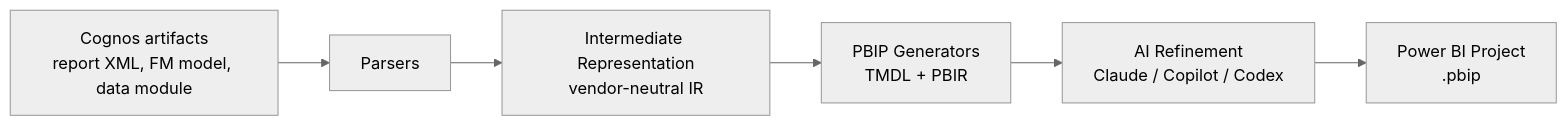
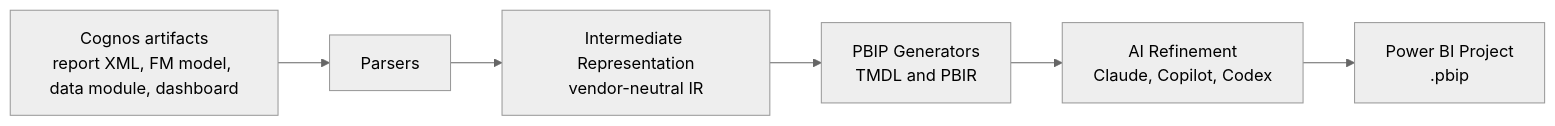
One commit to navintkr/cognos-to-powerbi changed the diagram in README.md. Above: the diagram before and after it, drawn with Mermaid (neutral theme).

Commit message:
Fix README Mermaid diagram rendering on GitHub
Quote flowchart node labels so the / and + and <br/> characters parse correctly.

````diff
--- a/README.md
+++ b/README.md
@@ -174,8 +174,8 @@
 ```mermaid
 flowchart LR
-    A[Cognos artifacts<br/>report XML, FM model, data module] --> B[Parsers]
-    B --> C[Intermediate Representation<br/>vendor-neutral IR]
-    C --> D[PBIP Generators<br/>TMDL + PBIR]
-    D --> E[AI Refinement<br/>Claude / Copilot / Codex]
-    E --> F[Power BI Project<br/>.pbip]
+    A["Cognos artifacts<br/>report XML, FM model, data module, dashboard"] --> B["Parsers"]
+    B --> C["Intermediate Representation<br/>vendor-neutral IR"]
+    C --> D["PBIP Generators<br/>TMDL and PBIR"]
+    D --> E["AI Refinement<br/>Claude, Copilot, Codex"]
+    E --> F["Power BI Project<br/>.pbip"]
 ```
````
